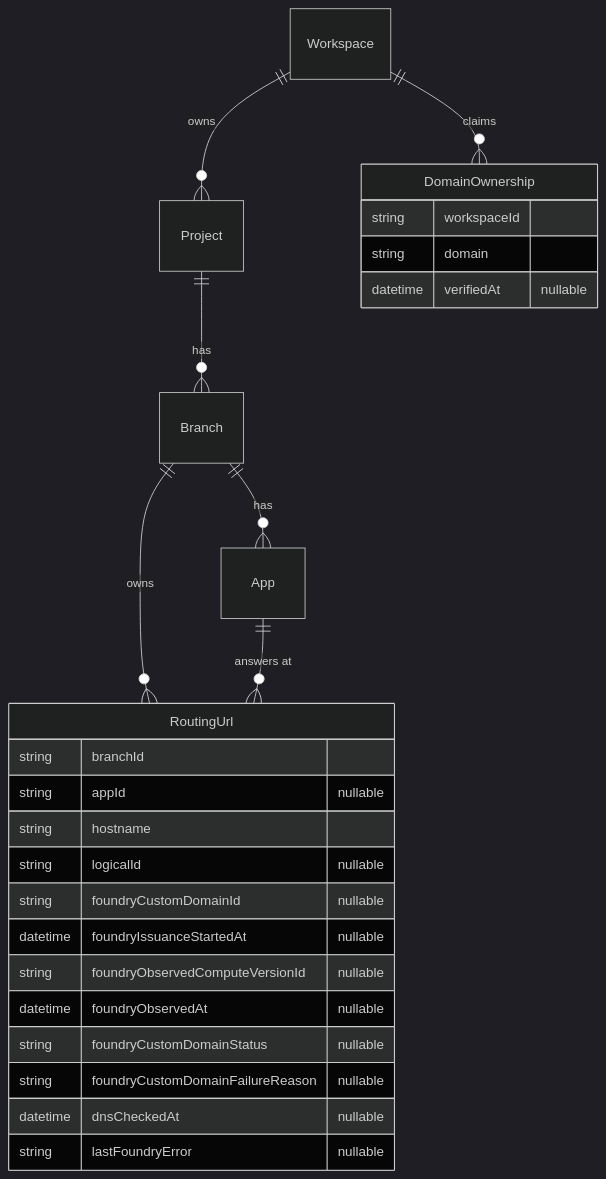
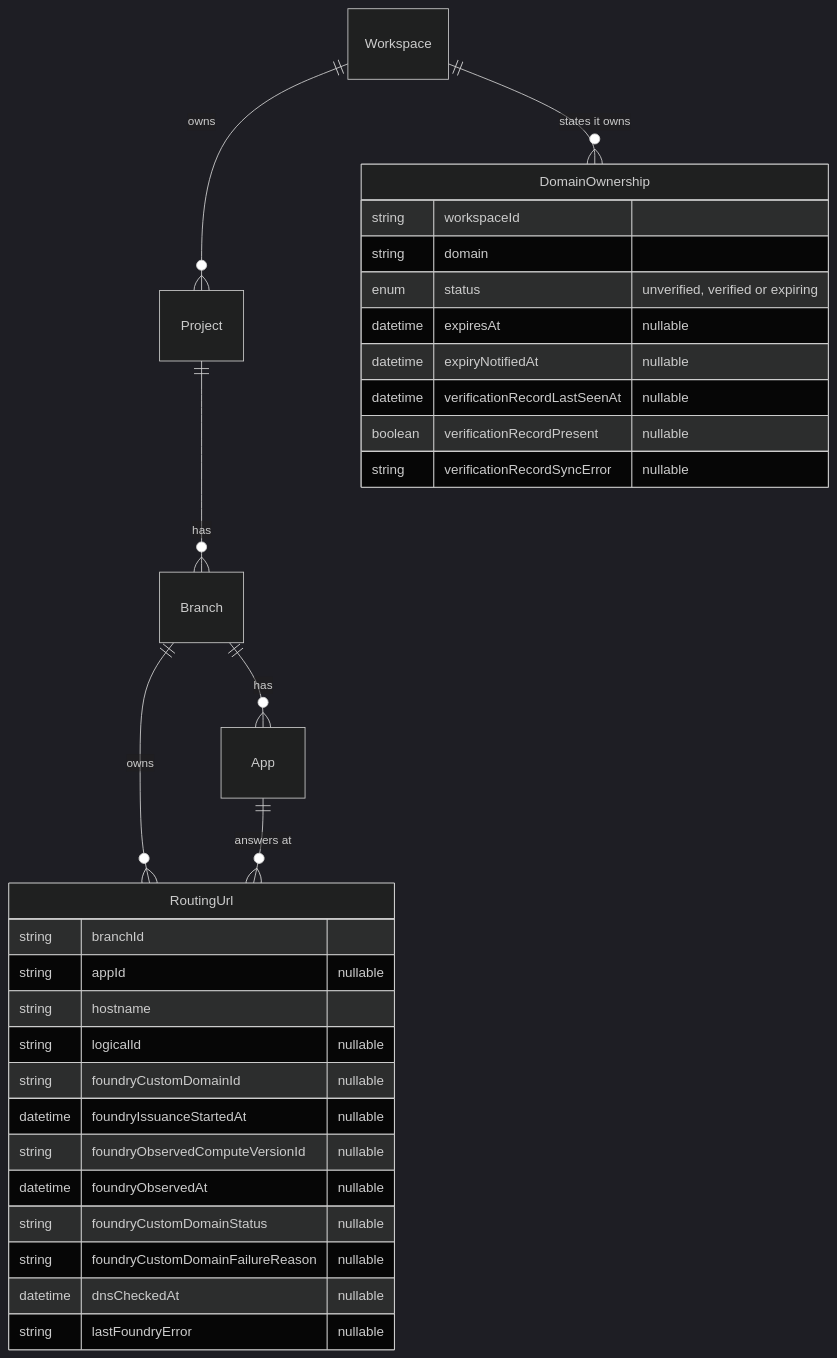
Before and after one commit to prisma/composer: the diagram in .drive/projects/public-urls/design/platform-routing-urls.md, drawn with Mermaid (dark theme). The commit also changed other lines of this file and 8 other files, not shown here.

First line of the commit message:
docs(public-urls): follow the platform's expiry rule for domain ownerships

````diff
--- a/.drive/projects/public-urls/design/platform-routing-urls.md
+++ b/.drive/projects/public-urls/design/platform-routing-urls.md
@@ -14,28 +16,33 @@
 ```mermaid
 erDiagram
   Workspace ||--o{ Project : owns
-  Workspace ||--o{ DomainOwnership : claims
+  Workspace ||--o{ DomainOwnership : "states it owns"
   Project ||--o{ Branch : has
   Branch ||--o{ App : has
   Branch ||--o{ RoutingUrl : owns
   App ||--o{ RoutingUrl : "answers at"
   RoutingUrl {
     string branchId
     string appId "nullable"
     string hostname
     string logicalId "nullable"
     string foundryCustomDomainId "nullable"
     datetime foundryIssuanceStartedAt "nullable"
     string foundryObservedComputeVersionId "nullable"
     datetime foundryObservedAt "nullable"
     string foundryCustomDomainStatus "nullable"
     string foundryCustomDomainFailureReason "nullable"
     datetime dnsCheckedAt "nullable"
     string lastFoundryError "nullable"
   }
   DomainOwnership {
     string workspaceId
     string domain
-    datetime verifiedAt "nullable"
+    enum status "unverified, verified or expiring"
+    datetime expiresAt "nullable"
+    datetime expiryNotifiedAt "nullable"
+    datetime verificationRecordLastSeenAt "nullable"
+    boolean verificationRecordPresent "nullable"
+    string verificationRecordSyncError "nullable"
   }
 ```
````
